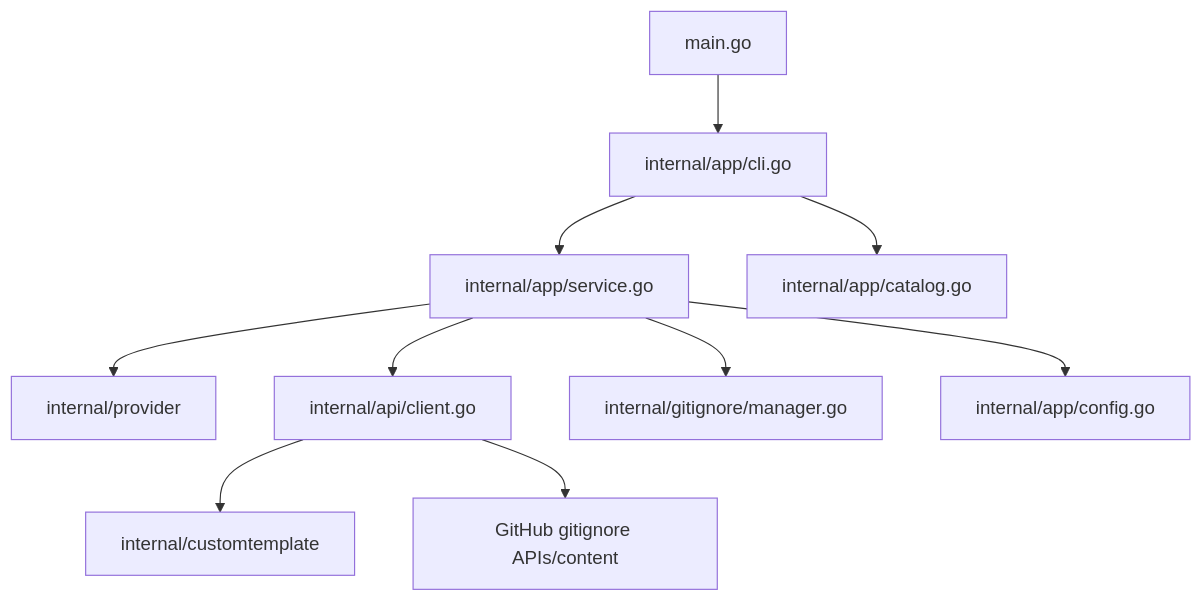
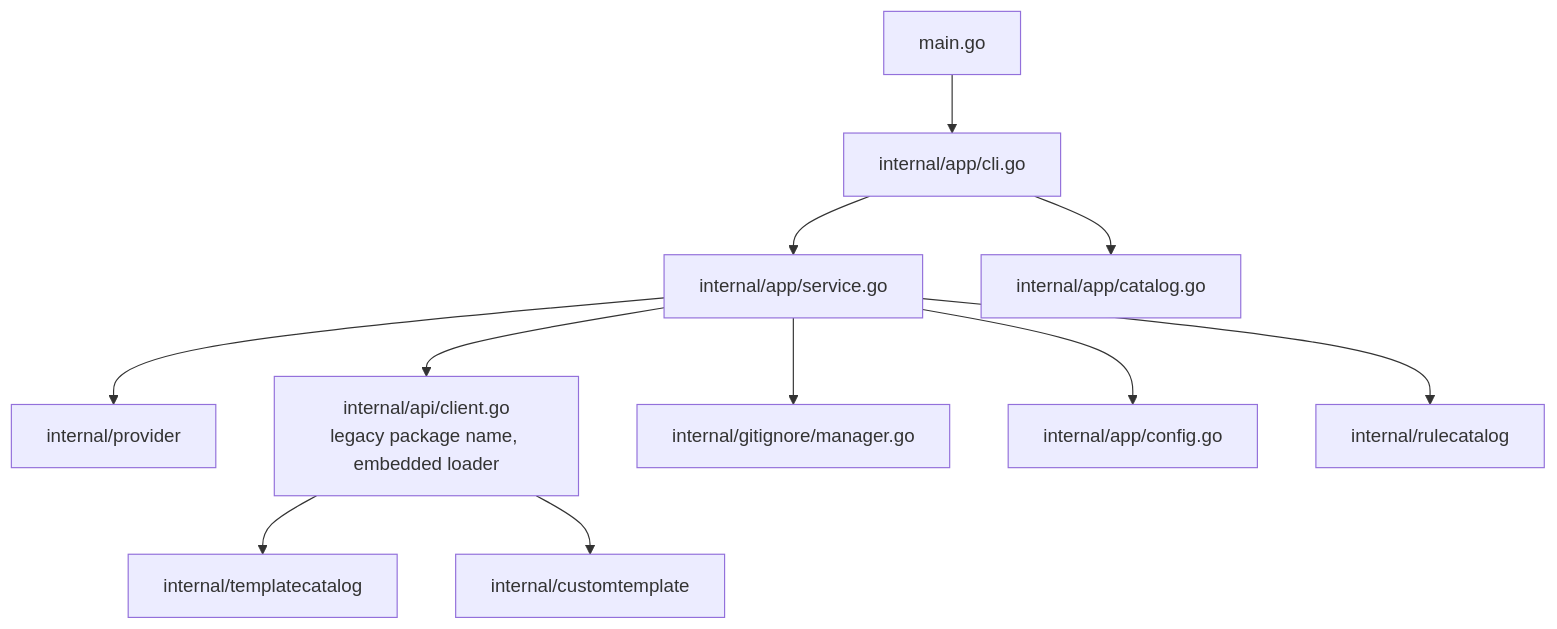
The diagram in docs/ARCHITECTURE.md (aaronflorey/genignore), drawn with Mermaid before and after one commit. The commit also changed other lines of this file and 18 other files, not shown here.

````diff
--- a/docs/ARCHITECTURE.md
+++ b/docs/ARCHITECTURE.md
@@ -11,12 +11,13 @@
 ```mermaid
 graph TD
   A[main.go] --> B[internal/app/cli.go]
   B --> C[internal/app/service.go]
   B --> D[internal/app/catalog.go]
   C --> E[internal/provider]
-  C --> F[internal/api/client.go]
+  C --> F[internal/api/client.go\nlegacy package name, embedded loader]
   C --> G[internal/gitignore/manager.go]
   C --> H[internal/app/config.go]
-  F --> I[internal/customtemplate]
-  F --> J[GitHub gitignore APIs/content]
+  C --> I[internal/rulecatalog]
+  F --> J[internal/templatecatalog]
+  F --> K[internal/customtemplate]
 ```
````
